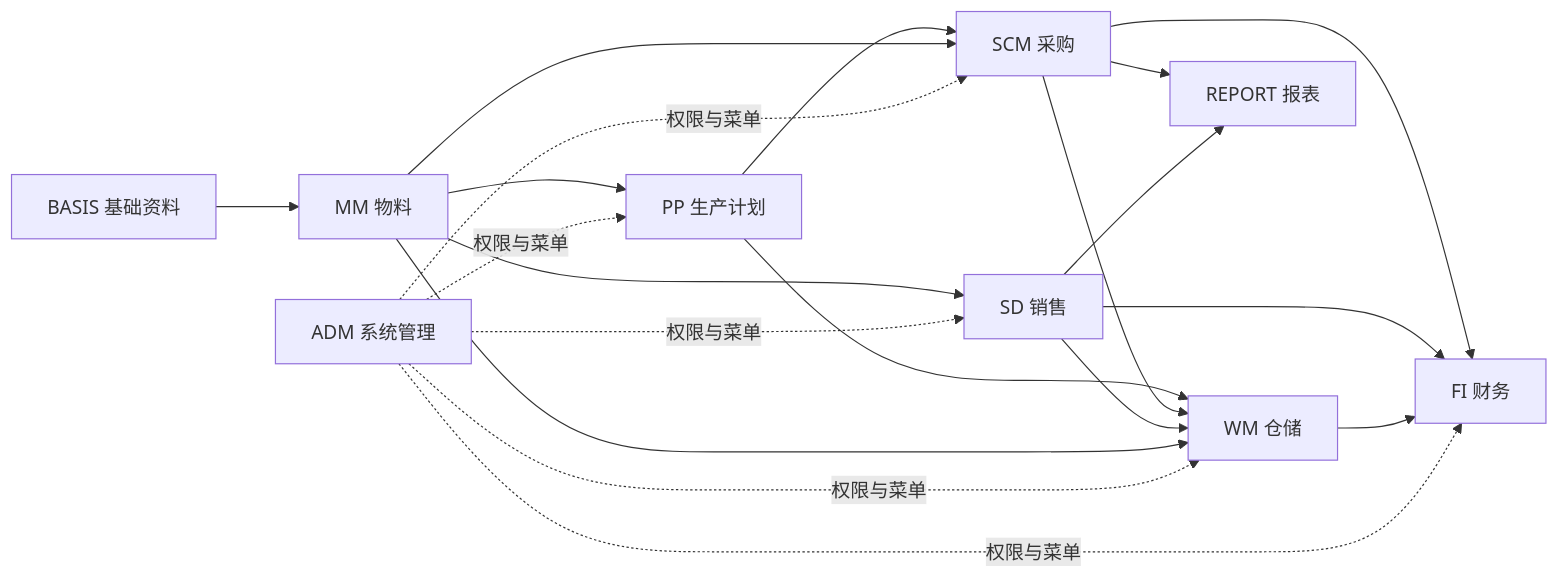
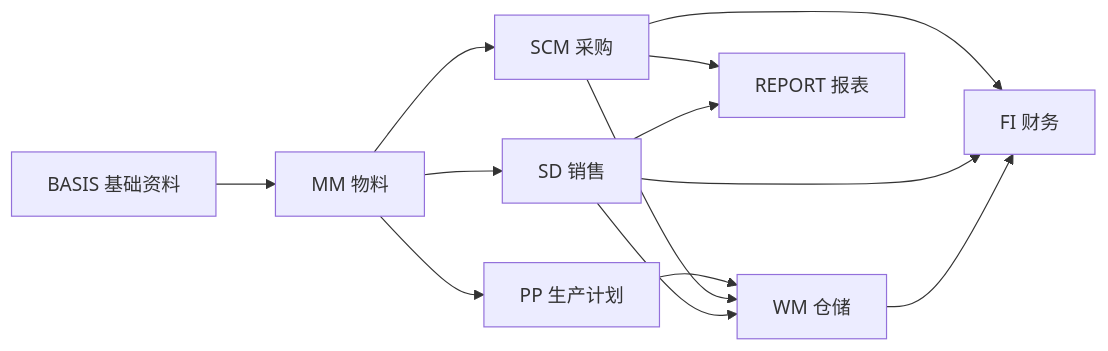
One commit to Micron818/lychee-doc changed the first of 2 diagrams in user_training/zh/00-overview/01-system-process-map.md. Above: the diagram before and after it, drawn with Mermaid. The commit also changed other lines of this file and 6 other files, not shown here.

Commit message:
Add mermaid support to documentation with vitepress-plugin-mermaid; update package dependencies and enhance README. Improve flowchart examples in user training materials for clarity.

````diff
--- a/user_training/zh/00-overview/01-system-process-map.md
+++ b/user_training/zh/00-overview/01-system-process-map.md
@@ -18,23 +18,15 @@
 ```mermaid
 flowchart LR
-  ADM[ADM 系统管理]
-  BASIS[BASIS 基础资料]
-  MM[MM 物料]
-  SD[SD 销售]
-  SCM[SCM 采购]
-  WM[WM 仓储]
-  PP[PP 生产计划]
-  FI[FI 财务]
-  REPORT[REPORT 报表]
-
-  ADM -.->|权限与菜单| SD & SCM & WM & PP & FI
-  BASIS --> MM
-  MM --> SD & SCM & PP & WM
-  SD --> WM
+  BASIS[BASIS 基础资料] --> MM[MM 物料]
+  MM --> SD[SD 销售]
+  MM --> SCM[SCM 采购]
+  MM --> PP[PP 生产计划]
+  SD --> WM[WM 仓储]
   SCM --> WM
-  PP --> WM & SCM
-  WM --> FI
+  PP --> WM
+  WM --> FI[FI 财务]
   SD --> FI
   SCM --> FI
-  SD & SCM --> REPORT
+  SD --> R[REPORT 报表]
+  SCM --> R
 ```
````
